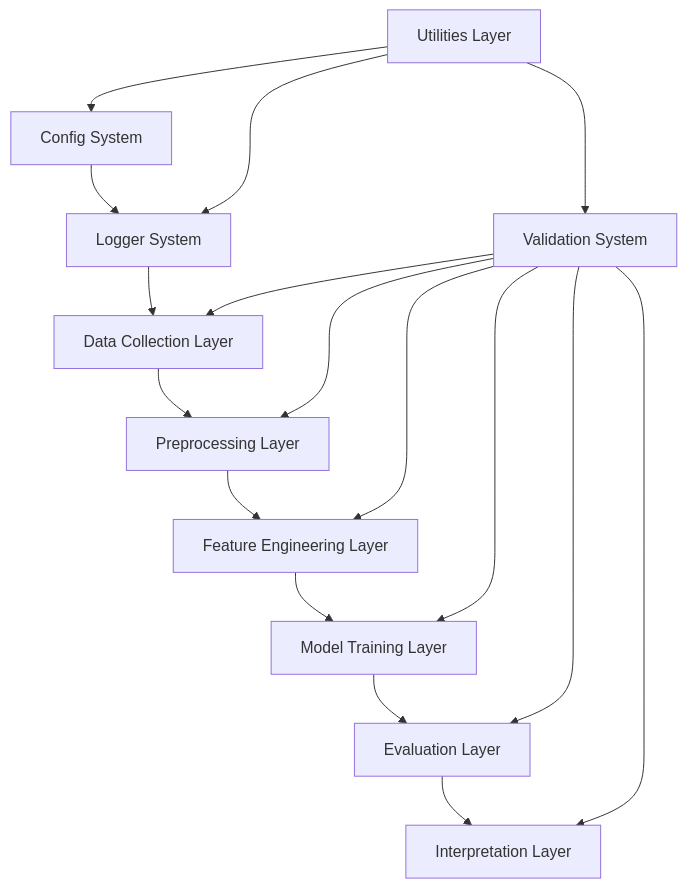
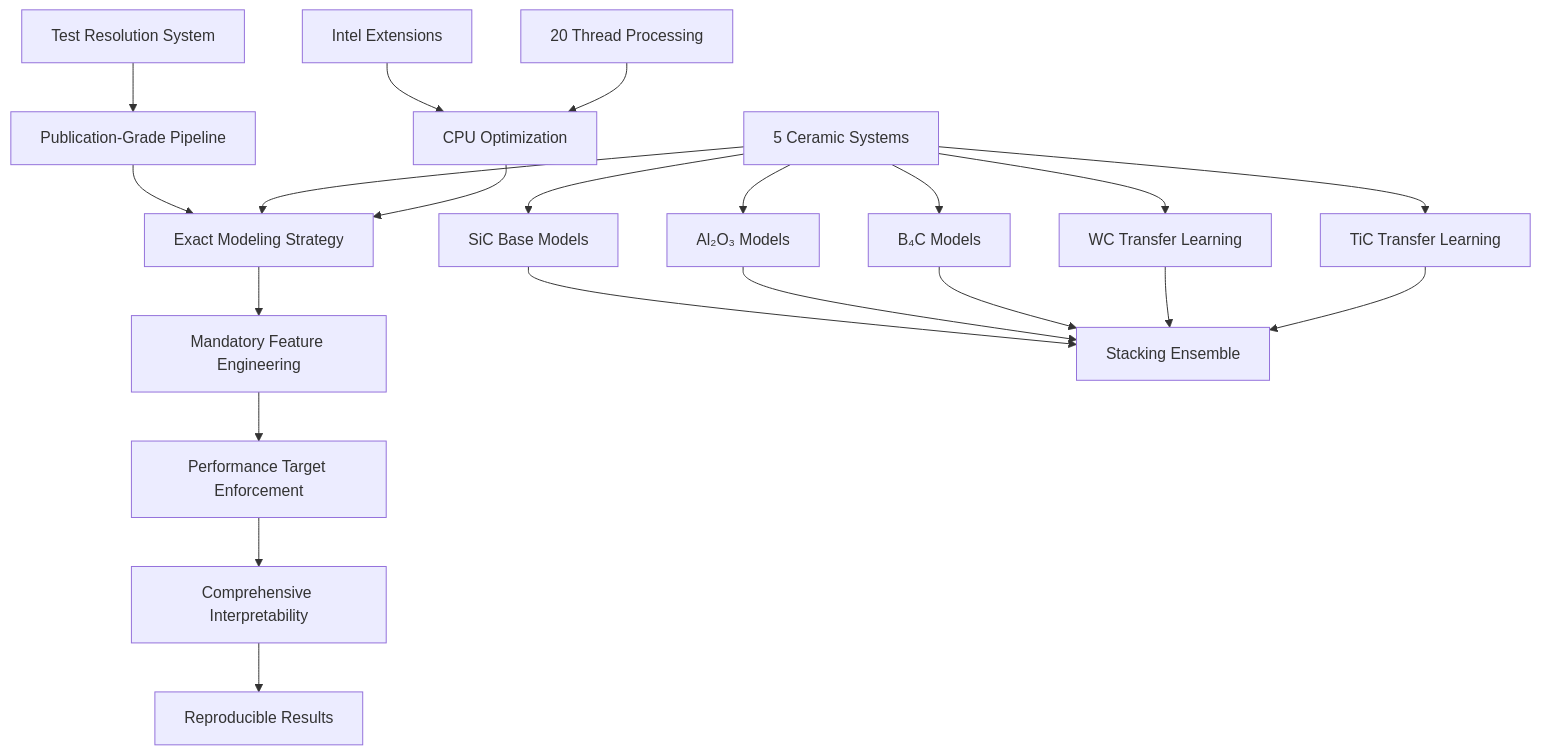
One commit to ms-rishav-28/ceramic-armor-ml changed the diagram in .kiro/specs/ceramic-armor-ml-pipeline/design.md. Above: the diagram before and after it, drawn with Mermaid. The commit also changed other lines of this file and 2 other files, not shown here.

Commit message:
modified:   .kiro/specs/ceramic-armor-ml-pipeline/design.md 	modified:   .kiro/specs/ceramic-armor-ml-pipeline/requirements.md 	modified:   .kiro/specs/ceramic-armor-ml-pipeline/tasks.md

````diff
--- a/.kiro/specs/ceramic-armor-ml-pipeline/design.md
+++ b/.kiro/specs/ceramic-armor-ml-pipeline/design.md
@@ -11,21 +11,26 @@
 ```mermaid
 graph TB
-    A[Config System] --> B[Logger System]
-    B --> C[Data Collection Layer]
-    C --> D[Preprocessing Layer]
-    D --> E[Feature Engineering Layer]
-    E --> F[Model Training Layer]
-    F --> G[Evaluation Layer]
-    G --> H[Interpretation Layer]
+    A[Test Resolution System] --> B[Publication-Grade Pipeline]
+    B --> C[Exact Modeling Strategy]
+    C --> D[Mandatory Feature Engineering]
+    D --> E[Performance Target Enforcement]
+    E --> F[Comprehensive Interpretability]
+    F --> G[Reproducible Results]
     
-    I[Validation System] --> C
-    I --> D
-    I --> E
-    I --> F
-    I --> G
-    I --> H
+    H[5 Ceramic Systems] --> C
+    H --> I[SiC Base Models]
+    H --> J[Al₂O₃ Models]
+    H --> K[B₄C Models]
+    H --> L[WC Transfer Learning]
+    H --> M[TiC Transfer Learning]
     
-    J[Utilities Layer] --> A
-    J --> B
-    J --> I
+    I --> N[Stacking Ensemble]
+    J --> N
+    K --> N
+    L --> N
+    M --> N
+    
+    O[CPU Optimization] --> C
+    P[Intel Extensions] --> O
+    Q[20 Thread Processing] --> O
 ```
````
